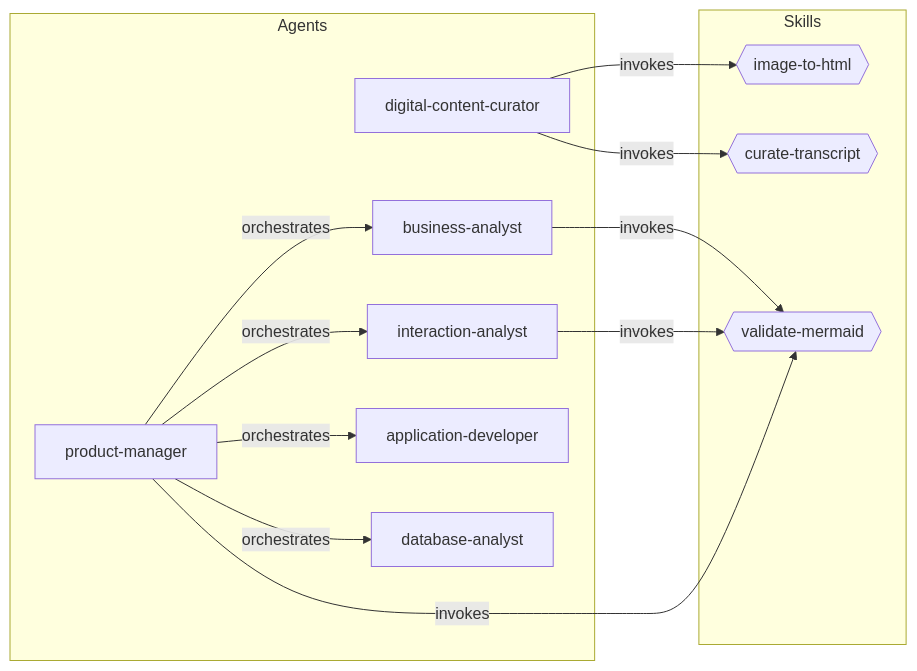
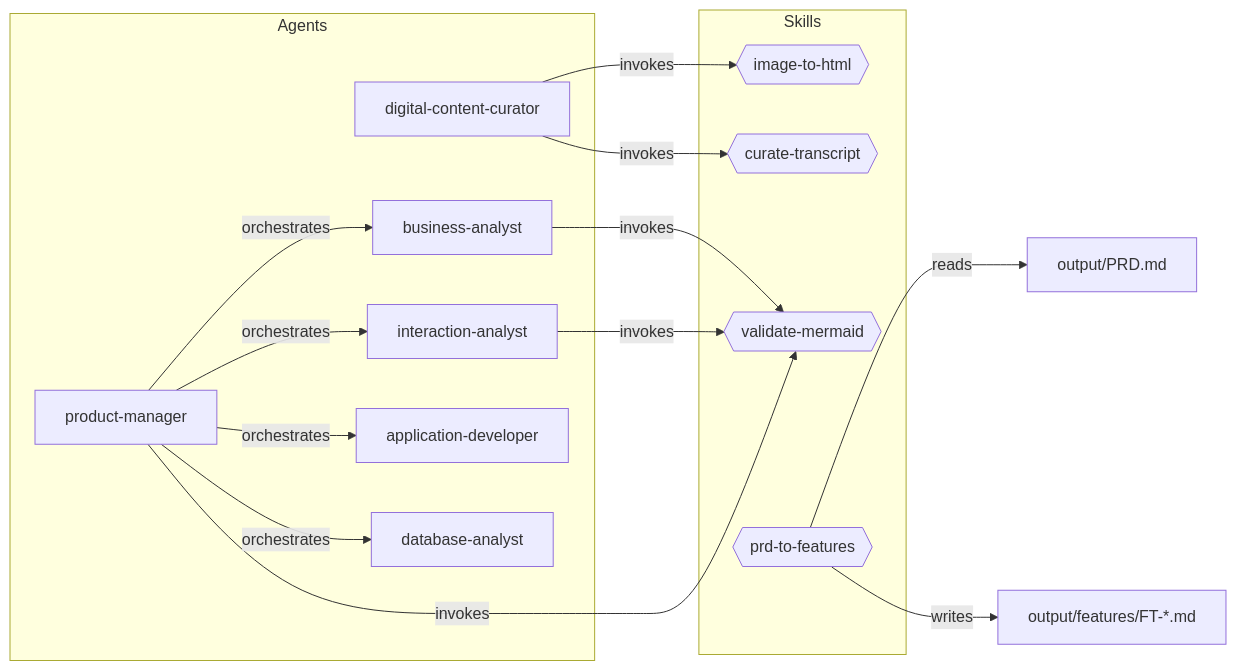
The diagram in pages/tooling/claude-code.md (DEFRA/defra-ai-modernisation-playbook), drawn with Mermaid before and after one commit. The commit also changed other lines of this file and 9 other files, not shown here.

````diff
--- a/pages/tooling/claude-code.md
+++ b/pages/tooling/claude-code.md
@@ -63,29 +64,33 @@
 ```mermaid
 graph LR
     subgraph Skills
         i2h{{image-to-html}}
         ct{{curate-transcript}}
         vm{{validate-mermaid}}
+        p2f{{prd-to-features}}
     end
 
     subgraph Agents
         curator[digital-content-curator]
         ba[business-analyst]
         ia[interaction-analyst]
         ad[application-developer]
         da[database-analyst]
         pm[product-manager]
     end
 
     curator -->|invokes| i2h
     curator -->|invokes| ct
 
     pm -->|orchestrates| ba
     pm -->|orchestrates| ia
     pm -->|orchestrates| ad
     pm -->|orchestrates| da
 
     ba -->|invokes| vm
     ia -->|invokes| vm
     pm -->|invokes| vm
+
+    p2f -->|reads| prd[output/PRD.md]
+    p2f -->|writes| ft[output/features/FT-*.md]
 ```
````
